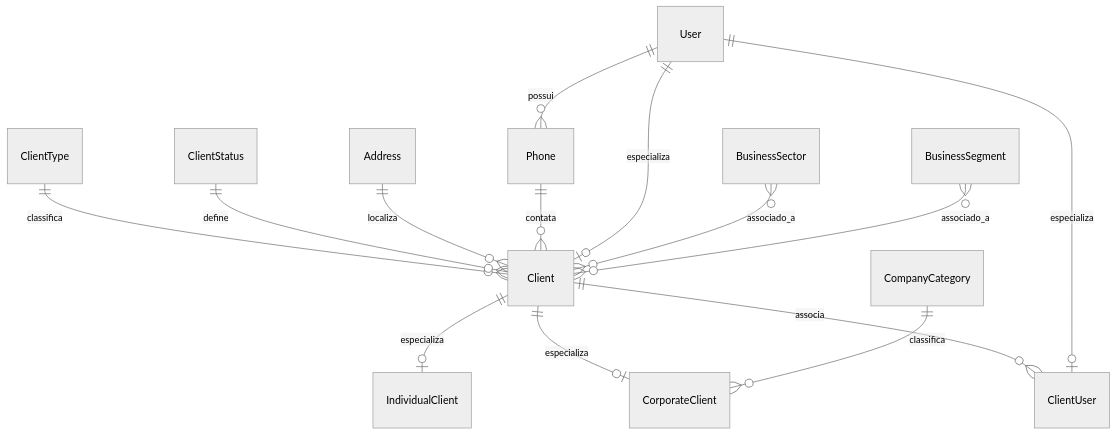
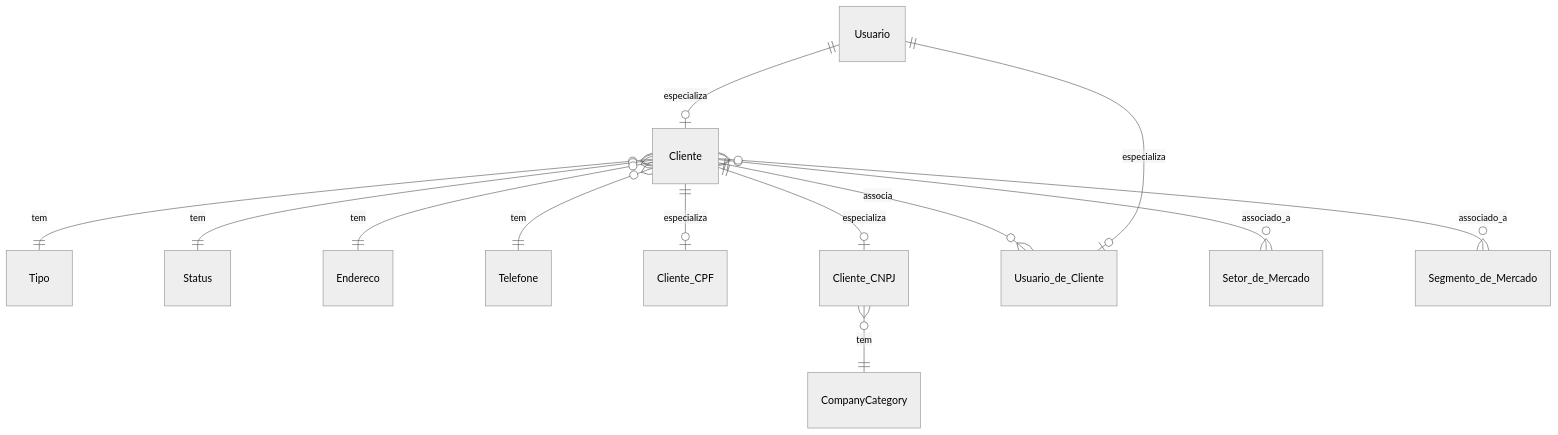
One commit to brisahelpdesk/mkdocs changed the third of 5 diagrams in docs/planning/database/relational-model.md. Above: the diagram before and after it, drawn with Mermaid (neutral theme). The commit also changed other lines of this file and 2 other files, not shown here.

````diff
--- a/docs/planning/database/relational-model.md
+++ b/docs/planning/database/relational-model.md
@@ -102,16 +103,15 @@
 ```mermaid
 erDiagram
-    ClientType ||--o{ Client : classifica
-    ClientStatus ||--o{ Client : define
-    Address ||--o{ Client : localiza
-    Phone ||--o{ Client : contata
-    User ||--o| Client : especializa
-    Client ||--o| IndividualClient : especializa
-    Client ||--o| CorporateClient : especializa
-    Client ||--o{ ClientUser : associa
-    User ||--o| ClientUser : especializa
-    BusinessSector }o--o{ Client : associado_a
-    BusinessSegment }o--o{ Client : associado_a
-    CompanyCategory ||--o{ CorporateClient : classifica
-    User ||--o{ Phone : possui
+    Cliente }o--|| Tipo : tem
+    Cliente }o--|| Status : tem
+    Cliente }o--|| Endereco : tem
+    Cliente }o--|| Telefone : tem
+    Usuario ||--o| Cliente : especializa
+    Cliente ||--o| Cliente_CPF : especializa
+    Cliente ||--o| Cliente_CNPJ : especializa
+    Cliente ||--o{ Usuario_de_Cliente : associa
+    Usuario ||--o| Usuario_de_Cliente : especializa
+    Cliente }o--o{ Setor_de_Mercado : associado_a
+    Cliente }o--o{ Segmento_de_Mercado : associado_a
+    Cliente_CNPJ }o--|| CompanyCategory : tem
 ```
````
